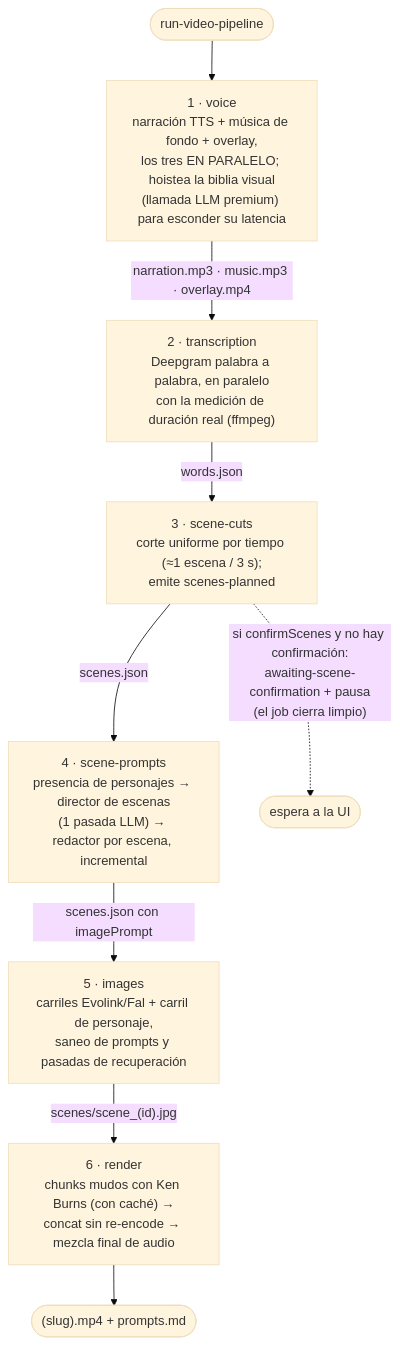
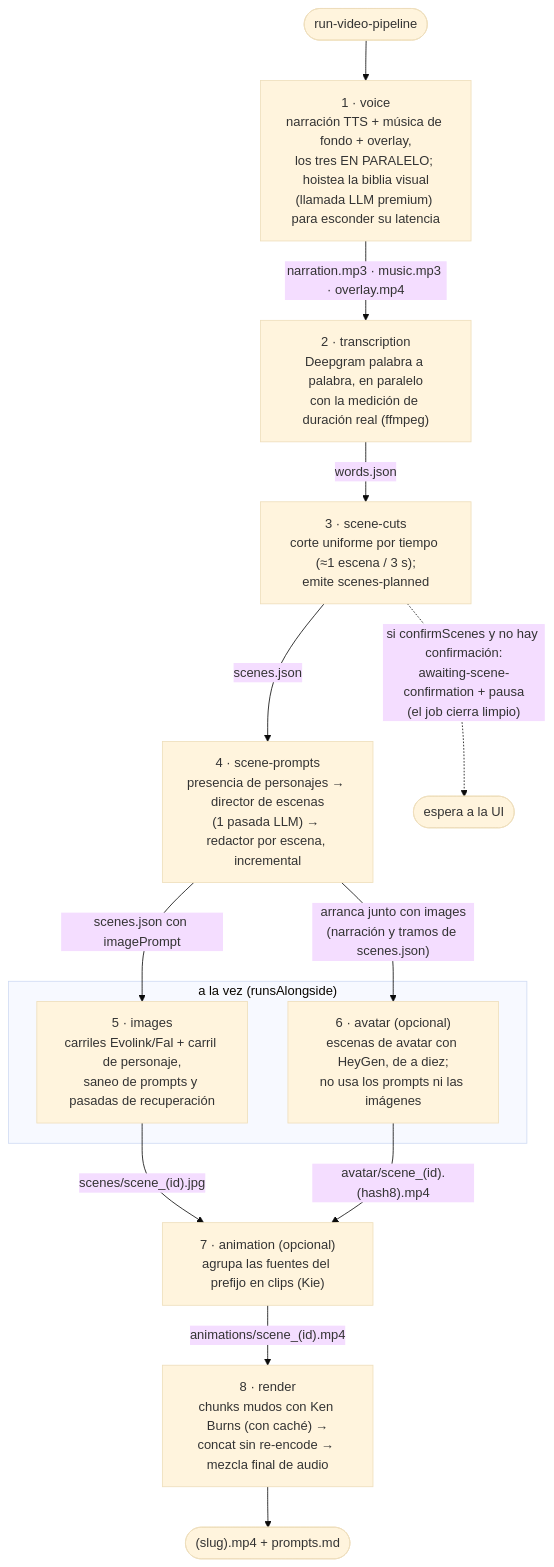
The third of 6 diagrams in docs/diagrams/PIPELINE.md (SCRIPZY-DEV/vimo), drawn with Mermaid (base theme) before and after one commit. The commit also changed other lines of this file and 59 other files, not shown here.

````diff
--- a/docs/diagrams/PIPELINE.md
+++ b/docs/diagrams/PIPELINE.md
@@ -142,19 +144,26 @@
 ```mermaid
 flowchart TD
   job(["run-video-pipeline"]) --> s1
 
   s1["1 · voice<br/>narración TTS + música de fondo + overlay,<br/>los tres EN PARALELO; hoistea la biblia visual<br/>(llamada LLM premium) para esconder su latencia"]
   s2["2 · transcription<br/>Deepgram palabra a palabra, en paralelo<br/>con la medición de duración real (ffmpeg)"]
   s3["3 · scene-cuts<br/>corte uniforme por tiempo (≈1 escena / 3 s);<br/>emite scenes-planned"]
   s4["4 · scene-prompts<br/>presencia de personajes → director de escenas<br/>(1 pasada LLM) → redactor por escena, incremental"]
-  s5["5 · images<br/>carriles Evolink/Fal + carril de personaje,<br/>saneo de prompts y pasadas de recuperación"]
-  s6["6 · render<br/>chunks mudos con Ken Burns (con caché) →<br/>concat sin re-encode → mezcla final de audio"]
+  subgraph junto["a la vez (runsAlongside)"]
+    s5["5 · images<br/>carriles Evolink/Fal + carril de personaje,<br/>saneo de prompts y pasadas de recuperación"]
+    s6["6 · avatar (opcional)<br/>escenas de avatar con HeyGen, de a diez;<br/>no usa los prompts ni las imágenes"]
+  end
+  s7["7 · animation (opcional)<br/>agrupa las fuentes del prefijo en clips (Kie)"]
+  s8["8 · render<br/>chunks mudos con Ken Burns (con caché) →<br/>concat sin re-encode → mezcla final de audio"]
 
   s1 -- "narration.mp3 · music.mp3 · overlay.mp4" --> s2
   s2 -- "words.json" --> s3
   s3 -- "scenes.json" --> s4
   s3 -. "si confirmScenes y no hay confirmación:<br/>awaiting-scene-confirmation + pausa<br/>(el job cierra limpio)" .-> pausa(["espera a la UI"])
   s4 -- "scenes.json con imagePrompt" --> s5
-  s5 -- "scenes/scene_(id).jpg" --> s6
-  s6 --> fin(["(slug).mp4 + prompts.md"])
+  s4 -- "arranca junto con images<br/>(narración y tramos de scenes.json)" --> s6
+  s5 -- "scenes/scene_(id).jpg" --> s7
+  s6 -- "avatar/scene_(id).(hash8).mp4" --> s7
+  s7 -- "animations/scene_(id).mp4" --> s8
+  s8 --> fin(["(slug).mp4 + prompts.md"])
 ```
````
